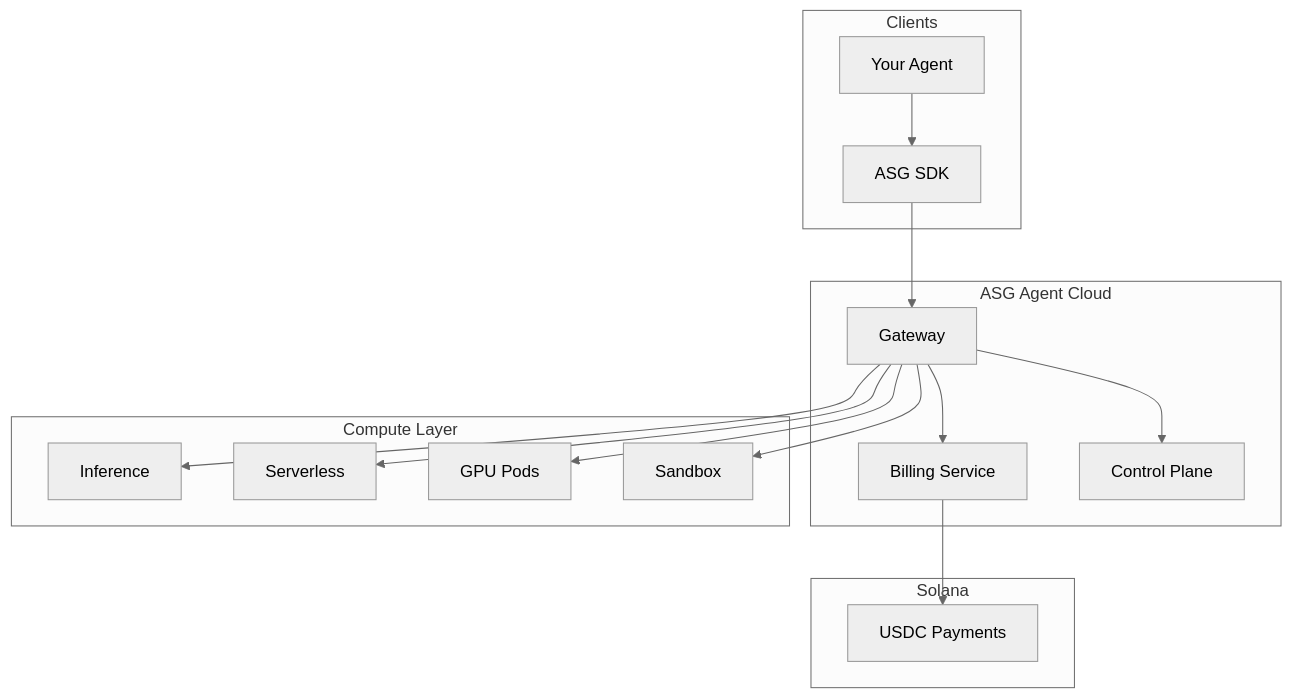
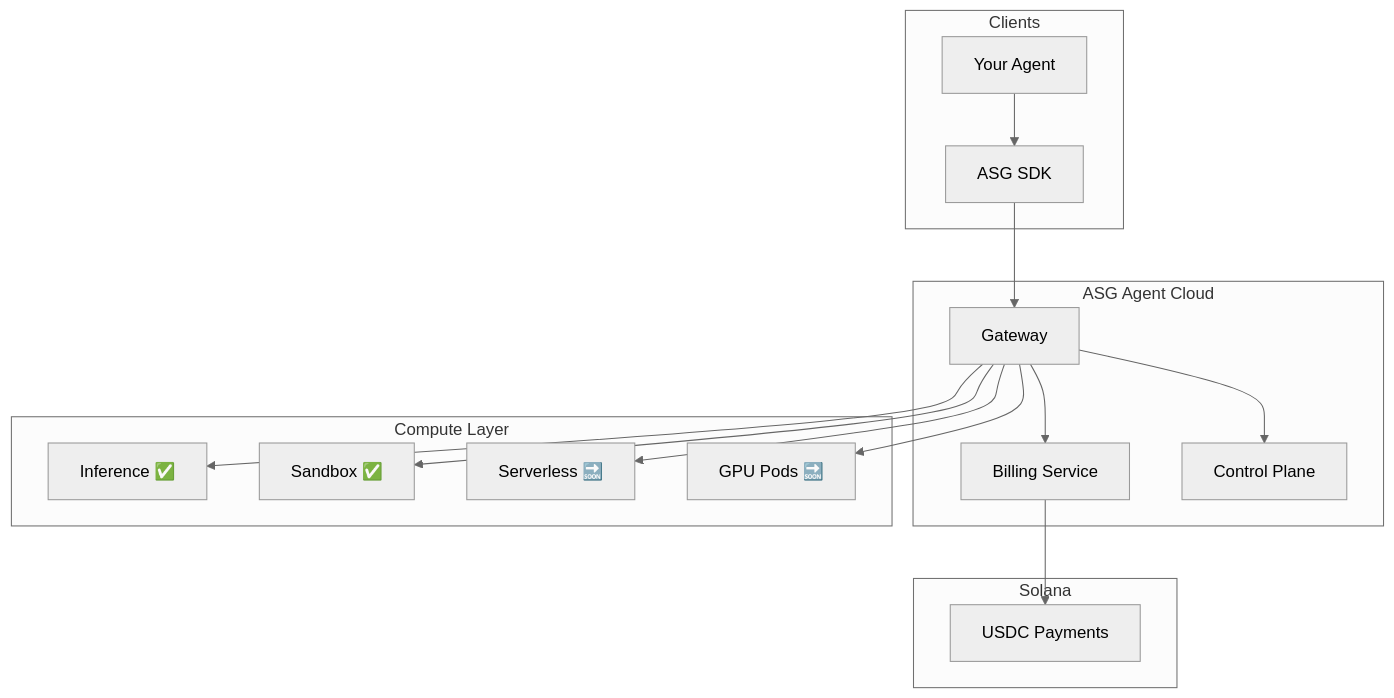
The diagram in guide/architecture.mdx (ASGCompute/asg-docs-public), drawn with Mermaid (neutral theme) before and after one commit. The commit also changed other lines of this file and 14 other files, not shown here.

````diff
--- a/guide/architecture.mdx
+++ b/guide/architecture.mdx
@@ -12,33 +12,33 @@
 ```mermaid
 flowchart TB
     subgraph Clients
         Agent[Your Agent]
         SDK[ASG SDK]
     end
     
     subgraph ASG["ASG Agent Cloud"]
         Gateway[Gateway]
         Billing[Billing Service]
         Control[Control Plane]
     end
     
     subgraph Compute["Compute Layer"]
-        Inference[Inference]
-        Serverless[Serverless]
-        GPU[GPU Pods]
-        Sandbox[Sandbox]
+        Inference[Inference ✅]
+        Sandbox[Sandbox ✅]
+        Serverless[Serverless 🔜]
+        GPU[GPU Pods 🔜]
     end
     
     subgraph Chain["Solana"]
         USDC[USDC Payments]
     end
     
     Agent --> SDK --> Gateway
     Gateway --> Billing
     Gateway --> Control
     Gateway --> Inference
     Gateway --> Serverless
     Gateway --> GPU
     Gateway --> Sandbox
     Billing --> USDC
 ```
````
